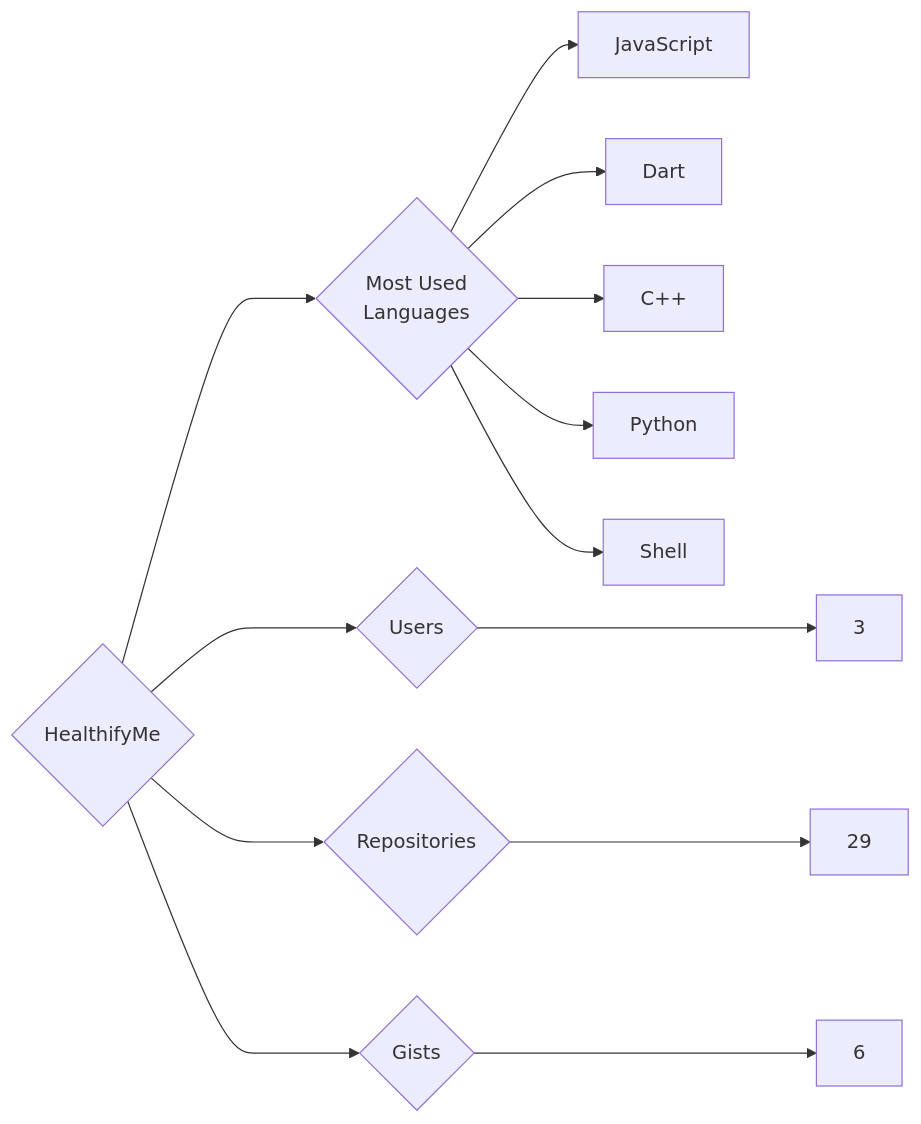
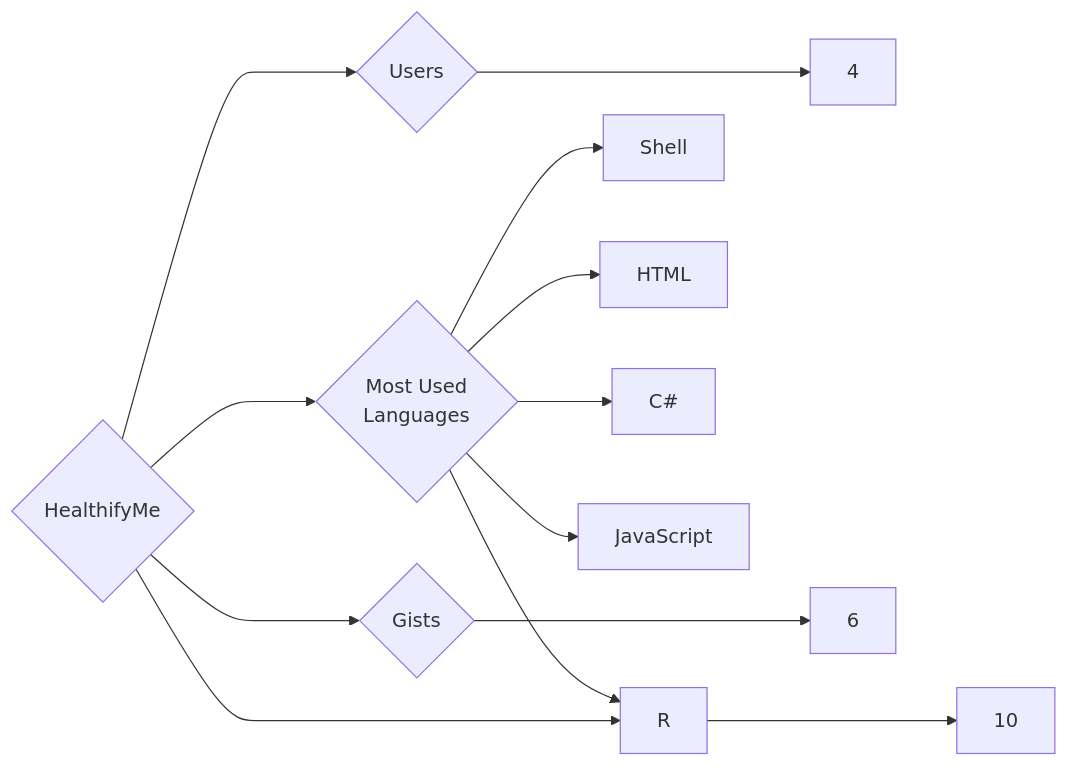
The diagram in targets/HealthifyMe/README.md (trickest/insiders), drawn with Mermaid before and after one commit. The commit also changed 997 other files, not shown here.

````diff
--- a/targets/HealthifyMe/README.md
+++ b/targets/HealthifyMe/README.md
@@ -3,13 +3,13 @@
 ```mermaid
 graph LR
 COMPANY_NAME{HealthifyMe}
-COMPANY_NAME ---> U{Users} ---> UN[3]
-COMPANY_NAME ---> R{Repositories} ---> RN[29]
+COMPANY_NAME ---> U{Users} ---> UN[4]
+COMPANY_NAME ---> R{Repositories} ---> RN[10]
 COMPANY_NAME ---> G{Gists} ---> GN[6]
 COMPANY_NAME ---> ML{Most Used<br>Languages}
+ML --> Shell[Shell]
+ML --> HTML[HTML]
+ML --> C#[C#]
+ML --> R[R]
 ML --> JavaScript[JavaScript]
-ML --> Dart[Dart]
-ML --> C++[C++]
-ML --> Python[Python]
-ML --> Shell[Shell]
 ```
````
